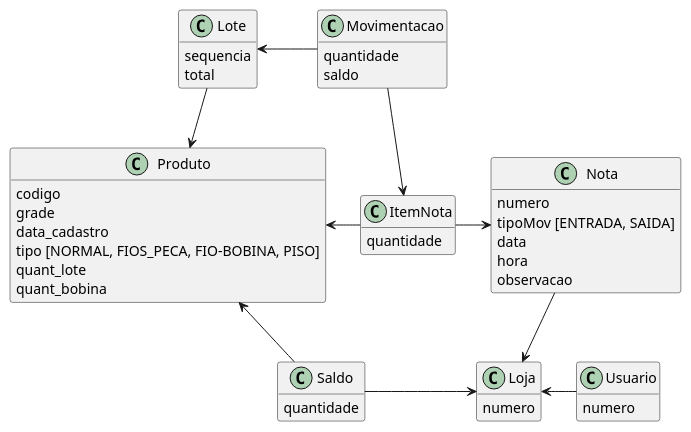
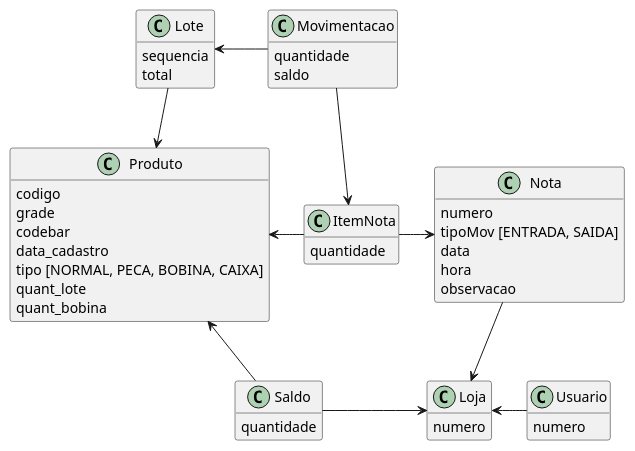
One commit to ivaneyvieira/engEstoque-Archive changed the diagram in diagramas/modelo2.puml. Above: the diagram before and after it, drawn with PlantUML. The commit also changed 4 other files, not shown here.

```diff
--- a/diagramas/modelo2.puml
+++ b/diagramas/modelo2.puml
@@ -1,56 +1,57 @@
 @startuml modelo
 hide methods
 
 class Produto{
 	codigo
 	grade
+	codebar
 	data_cadastro
-	tipo [NORMAL, FIOS_PECA, FIO-BOBINA, PISO]
+	tipo [NORMAL, PECA, BOBINA, CAIXA]
 	quant_lote
 	quant_bobina
 }
 
 class ItemNota{
 	quantidade
 }
 
 class Nota {
 	numero
 	tipoMov [ENTRADA, SAIDA]
 	data
 	hora
 	observacao
 }
 
 class Lote {
 	sequencia
 	total
 }
 
 class Movimentacao {
 	quantidade
 	saldo
 }
 
 class Loja {
 	numero
 }
 
 class Usuario {
 	numero
 }
 
 class Saldo {
 	quantidade
 }
 
 ItemNota	-r->	Nota
 ItemNota	-l->	Produto
 Lote		-->	Produto
 Movimentacao	-l->	Lote
 Movimentacao	-->	ItemNota
 Nota		-->	Loja
 Usuario		-l->	Loja
 Saldo		-u->	Produto
 Saldo		-r->	Loja
 @enduml
```
